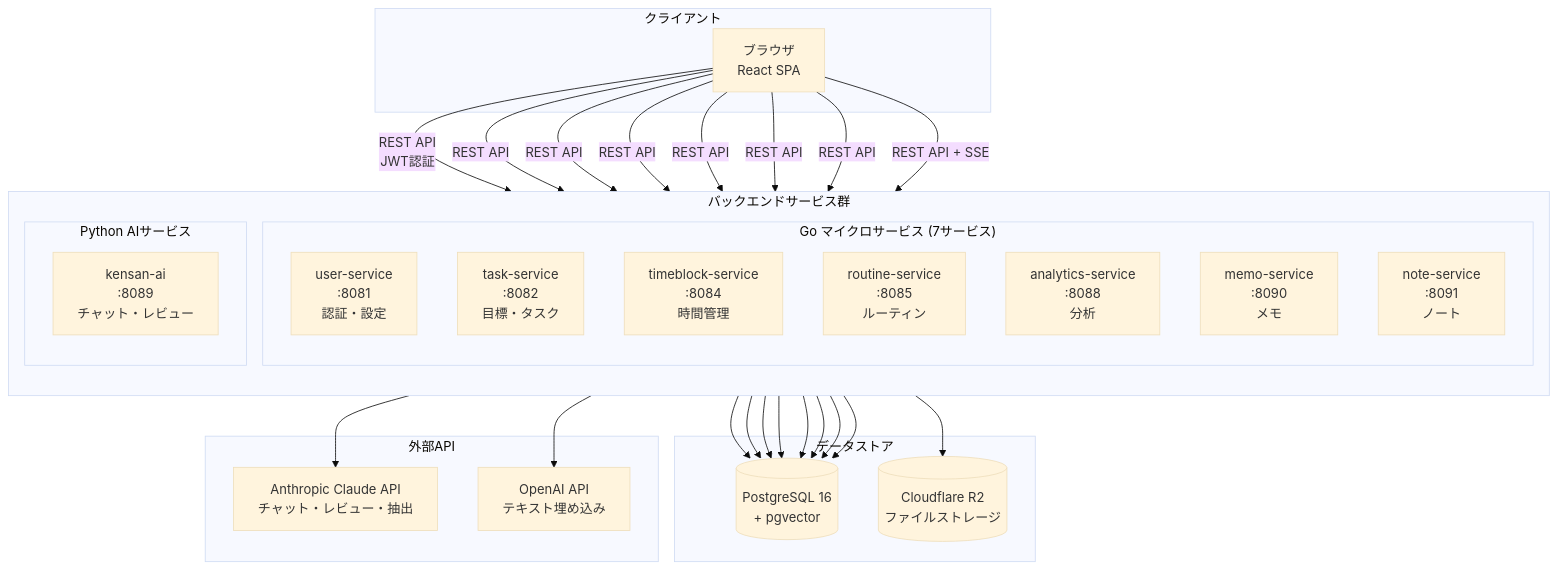
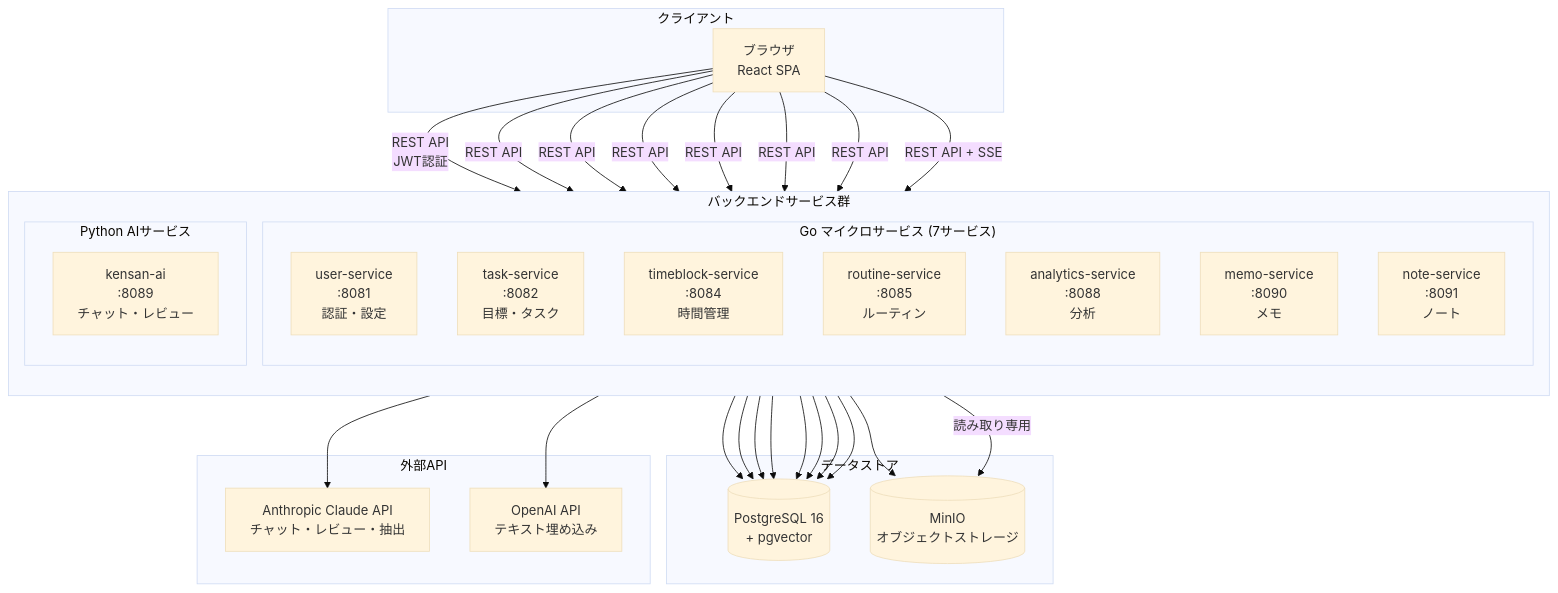
Before and after one commit to yu-min3/kensan: the first of 12 diagrams in ARCHITECTURE.md, drawn with Mermaid (base theme). The commit also changed other lines of this file and 55 other files, not shown here.

````diff
--- a/ARCHITECTURE.md
+++ b/ARCHITECTURE.md
@@ -28,54 +28,55 @@
 ```mermaid
 graph TB
     subgraph "クライアント"
         Browser["ブラウザ<br/>React SPA"]
     end
 
     subgraph "バックエンドサービス群"
         direction TB
         subgraph "Go マイクロサービス (7サービス)"
             US["user-service<br/>:8081<br/>認証・設定"]
             TS["task-service<br/>:8082<br/>目標・タスク"]
             TBS["timeblock-service<br/>:8084<br/>時間管理"]
             RS["routine-service<br/>:8085<br/>ルーティン"]
             AS["analytics-service<br/>:8088<br/>分析"]
             MS["memo-service<br/>:8090<br/>メモ"]
             NS["note-service<br/>:8091<br/>ノート"]
         end
 
         subgraph "Python AIサービス"
             AI["kensan-ai<br/>:8089<br/>チャット・レビュー"]
         end
     end
 
     subgraph "データストア"
         PG[("PostgreSQL 16<br/>+ pgvector")]
-        R2[("Cloudflare R2<br/>ファイルストレージ")]
+        MinIO[("MinIO<br/>オブジェクトストレージ")]
     end
 
     subgraph "外部API"
         Claude["Anthropic Claude API<br/>チャット・レビュー・抽出"]
         OpenAI["OpenAI API<br/>テキスト埋め込み"]
     end
 
     Browser -->|"REST API<br/>JWT認証"| US
     Browser -->|"REST API"| TS
     Browser -->|"REST API"| TBS
     Browser -->|"REST API"| RS
     Browser -->|"REST API"| AS
     Browser -->|"REST API"| MS
     Browser -->|"REST API"| NS
     Browser -->|"REST API + SSE"| AI
 
     US --> PG
     TS --> PG
     TBS --> PG
     RS --> PG
     AS --> PG
     MS --> PG
     NS --> PG
+    NS --> MinIO
     AI --> PG
-    AI --> R2
+    AI -->|読み取り専用| MinIO
     AI --> Claude
     AI --> OpenAI
 ```
````
